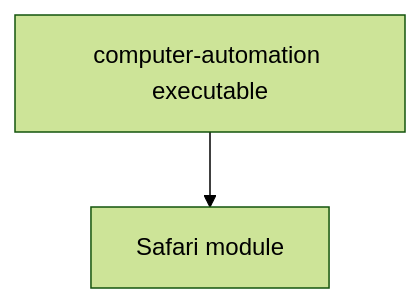
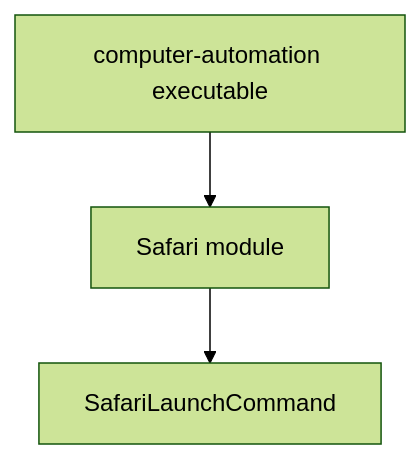
Before and after one commit to Glutexo/computer-automation: the diagram in docs/architecture.md, drawn with Mermaid (forest theme). The commit also changed other lines of this file and 9 other files, not shown here.

Commit message:
feat: add safari launch command

````diff
--- a/docs/architecture.md
+++ b/docs/architecture.md
@@ -5,7 +5,9 @@
 ```mermaid
 flowchart TD
     App["computer-automation executable"]
     Safari["Safari module"]
+    Launch["SafariLaunchCommand"]
 
     App --> Safari
+    Safari --> Launch
 ```
````
